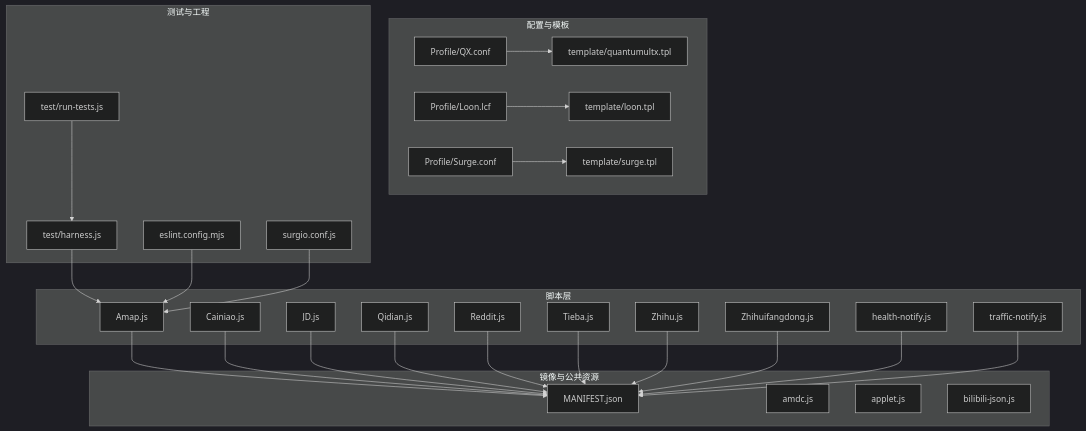
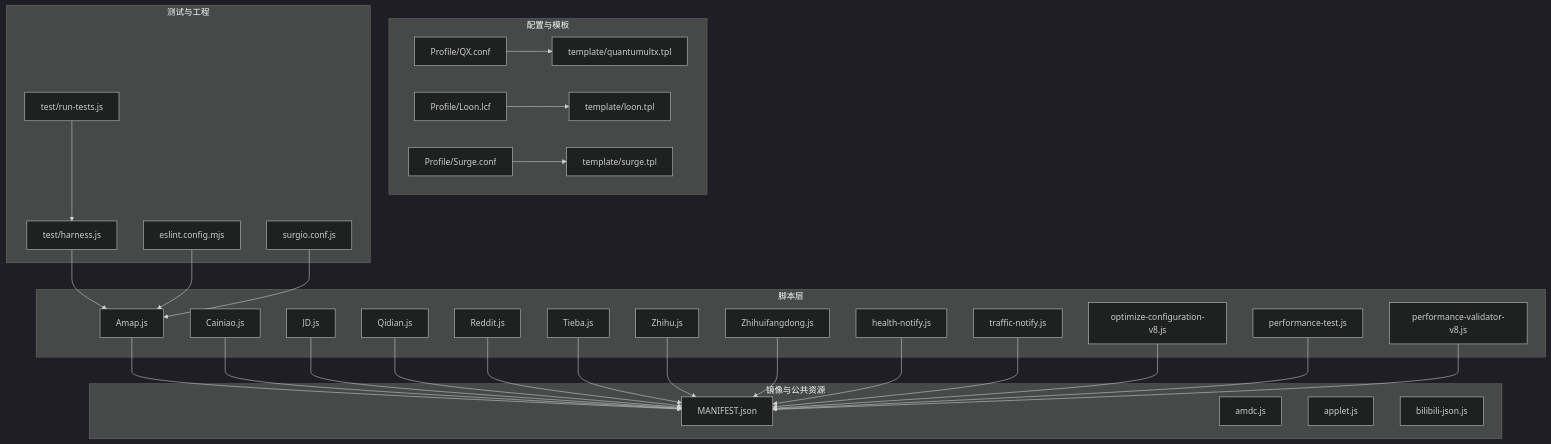
One commit to 3kaiu/config changed the first of 3 diagrams in .qoder/repowiki/zh/content/脚本库/脚本库.md. Above: the diagram before and after it, drawn with Mermaid (dark theme). The commit also changed other lines of this file and 136 other files, not shown here.

````diff
--- a/.qoder/repowiki/zh/content/脚本库/脚本库.md
+++ b/.qoder/repowiki/zh/content/脚本库/脚本库.md
@@ -68,52 +79,58 @@
 ```mermaid
 graph TB
 subgraph "脚本层"
 S1["Amap.js"]
 S2["Cainiao.js"]
 S3["JD.js"]
 S4["Qidian.js"]
 S5["Reddit.js"]
 S6["Tieba.js"]
 S7["Zhihu.js"]
 S8["Zhihuifangdong.js"]
 S9["health-notify.js"]
 S10["traffic-notify.js"]
+S11["optimize-configuration-v8.js"]
+S12["performance-test.js"]
+S13["performance-validator-v8.js"]
 end
 subgraph "镜像与公共资源"
 M1["MANIFEST.json"]
 M2["amdc.js"]
 M3["applet.js"]
 M4["bilibili-json.js"]
 end
 subgraph "配置与模板"
 P1["Profile/QX.conf"]
 P2["Profile/Loon.lcf"]
 P3["Profile/Surge.conf"]
 T1["template/quantumultx.tpl"]
 T2["template/loon.tpl"]
 T3["template/surge.tpl"]
 end
 subgraph "测试与工程"
 TE1["test/harness.js"]
 TE2["test/run-tests.js"]
 EC["eslint.config.mjs"]
 SC["surgio.conf.js"]
 end
 S1 --> M1
 S2 --> M1
 S3 --> M1
 S4 --> M1
 S5 --> M1
 S6 --> M1
 S7 --> M1
 S8 --> M1
 S9 --> M1
 S10 --> M1
+S11 --> M1
+S12 --> M1
+S13 --> M1
 P1 --> T1
 P2 --> T2
 P3 --> T3
 TE1 --> S1
 TE2 --> TE1
 EC --> S1
 SC --> S1
 ```
````
